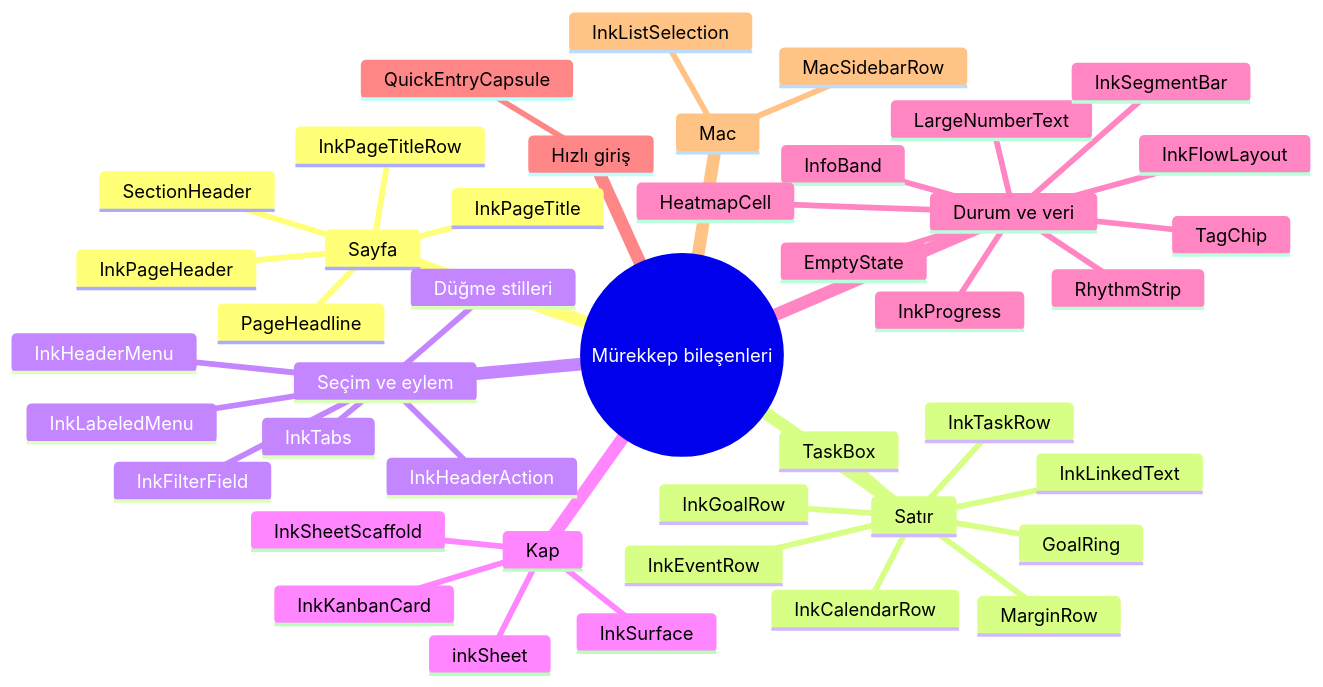
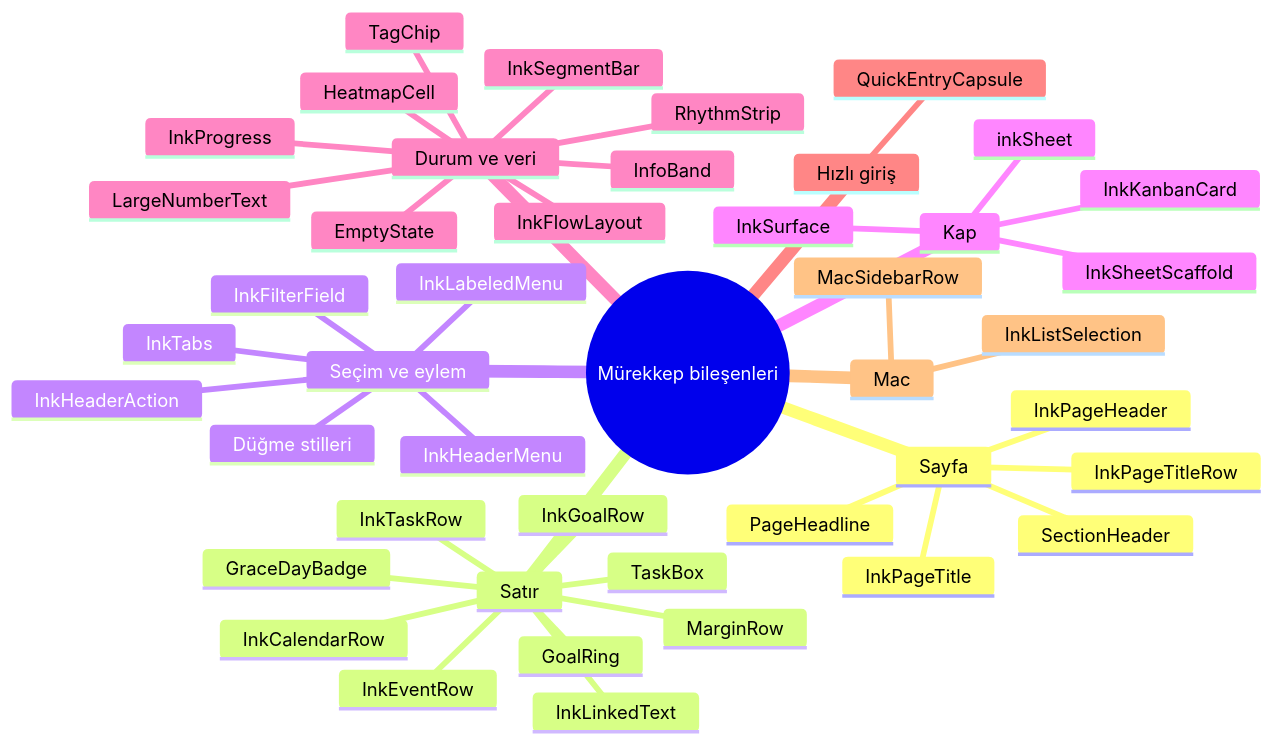
The sixth of 6 diagrams in docs/design.md (dogancanyildiz/kenet), drawn with Mermaid before and after one commit. The commit also changed other lines of this file and 47 other files, not shown here.

````diff
--- a/docs/design.md
+++ b/docs/design.md
@@ -602,46 +602,47 @@
 ```mermaid
 mindmap
   root((Mürekkep bileşenleri))
     Sayfa
       InkPageTitle
       InkPageTitleRow
       InkPageHeader
       PageHeadline
       SectionHeader
     Satır
       MarginRow
       InkTaskRow
       InkGoalRow
       InkEventRow
       InkCalendarRow
       TaskBox
       GoalRing
+      GraceDayBadge
       InkLinkedText
     Seçim ve eylem
       InkHeaderAction
       InkHeaderMenu
       InkTabs
       InkLabeledMenu
       InkFilterField
       Düğme stilleri
     Kap
       inkSheet
       InkSheetScaffold
       InkSurface
       InkKanbanCard
     Durum ve veri
       InfoBand
       EmptyState
       InkProgress
       HeatmapCell
       LargeNumberText
       TagChip
       RhythmStrip
       InkSegmentBar
       InkFlowLayout
     Hızlı giriş
       QuickEntryCapsule
     Mac
       InkListSelection
       MacSidebarRow
 ```
````
